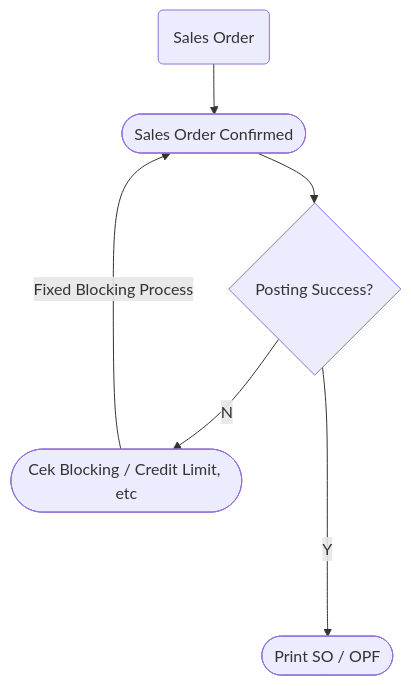
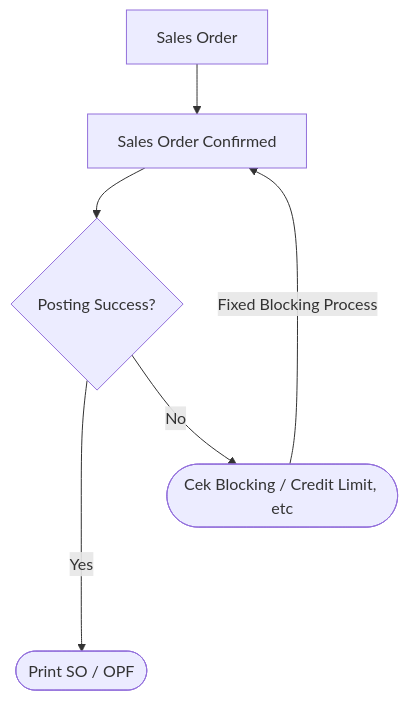
One commit to andyut/cnw_doc changed the diagram in cnw_trc_doc.md. Above: the diagram before and after it, drawn with Mermaid. The commit also changed other lines of this file, not shown here.

Commit message:
cnw_trc_doc.md updated from https://stackedit.io/

````diff
--- a/cnw_trc_doc.md
+++ b/cnw_trc_doc.md
@@ -26,10 +26,11 @@
 ```mermaid
 graph TD
-A(Sales Order) --> A1([Sales Order Confirmed])
+A[Sales Order] --> A1[Sales Order Confirmed]
 A1 -->A2{Posting Success?}
-A3 --->|Fixed Blocking Process| A1
-A2 -->|N| A3([Cek Blocking / Credit Limit, etc])
-A2 ---->|Y| A4([Print SO / OPF])
+
+A3 -->|Fixed Blocking Process| A1
+A2 ---->|Yes| A4([Print SO / OPF])
+A2 -->|No| A3([Cek Blocking / Credit Limit, etc])
 
 
 ```
````
